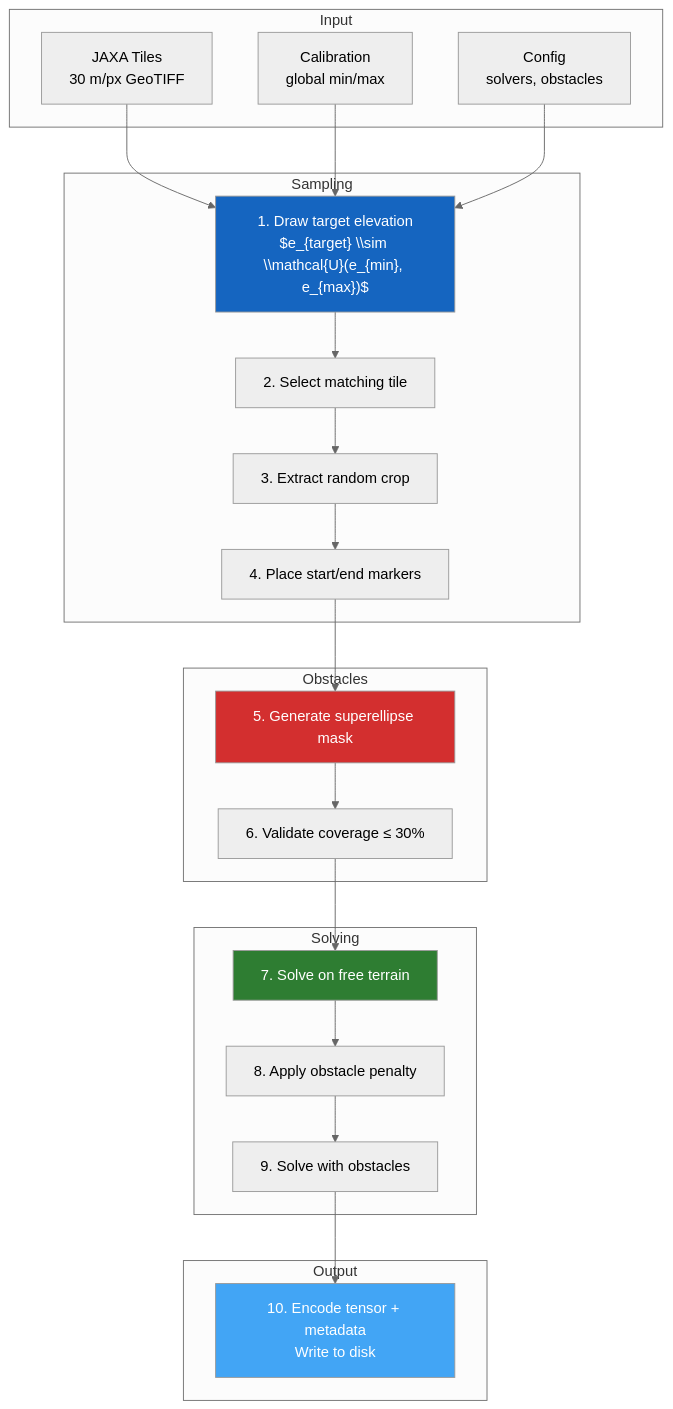
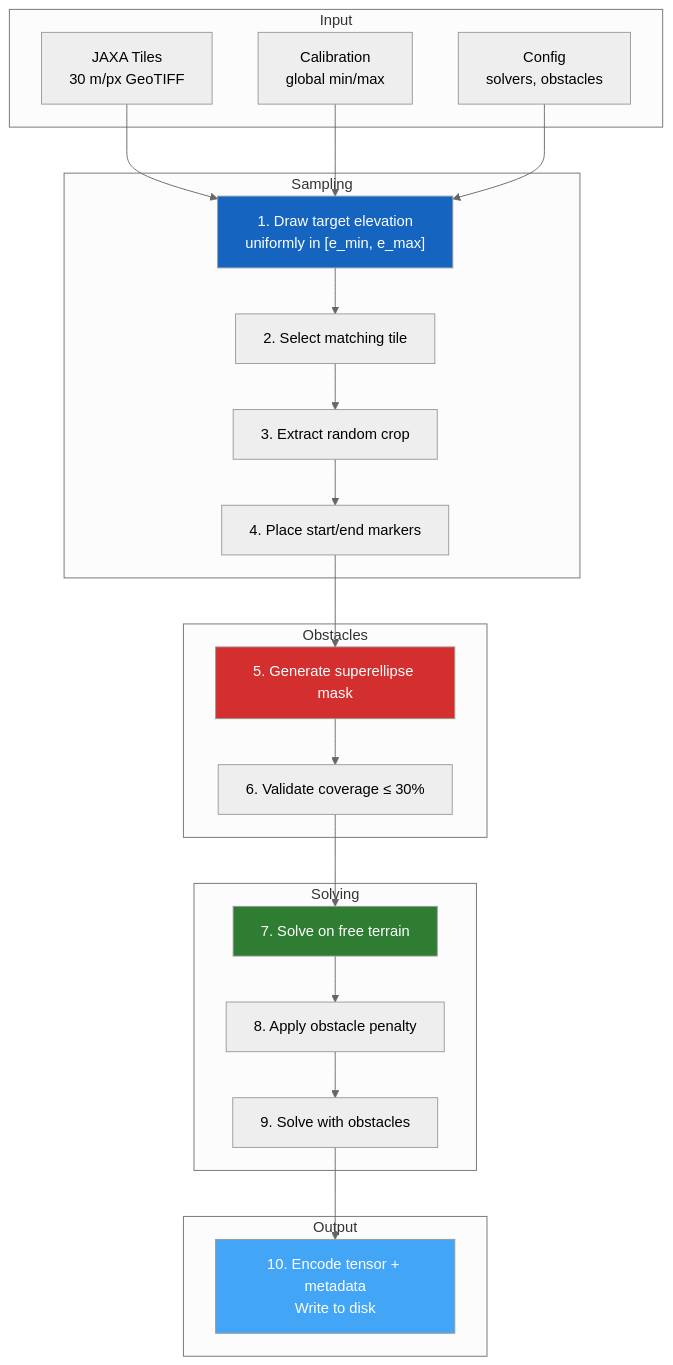
The diagram in docs/generation/index.md (ThalesGroup/passage), drawn with Mermaid (neutral theme) before and after one commit. The commit also changed other lines of this file and 55 other files, not shown here.

````diff
--- a/docs/generation/index.md
+++ b/docs/generation/index.md
@@ -14,43 +14,43 @@
 ```mermaid
 flowchart TD
     subgraph Input
         T[JAXA Tiles<br>30 m/px GeoTIFF]
         C[Calibration<br>global min/max]
         K[Config<br>solvers, obstacles]
     end
 
     subgraph Sampling
-        S1["1. Draw target elevation<br>$e_{target} \\sim \\mathcal{U}(e_{min}, e_{max})$"]
+        S1["1. Draw target elevation<br>uniformly in [e_min, e_max]"]
         S2[2. Select matching tile]
         S3[3. Extract random crop]
         S4[4. Place start/end markers]
     end
 
     subgraph Obstacles
         O1[5. Generate superellipse mask]
         O2[6. Validate coverage ≤ 30%]
     end
 
     subgraph Solving
         P1[7. Solve on free terrain]
         P2[8. Apply obstacle penalty]
         P3[9. Solve with obstacles]
     end
 
     subgraph Output
         OUT[10. Encode tensor + metadata<br>Write to disk]
     end
 
     T --> S1
     C --> S1
     K --> S1
     S1 --> S2 --> S3 --> S4
     S4 --> O1 --> O2
     O2 --> P1 --> P2 --> P3
     P3 --> OUT
 
     style S1 fill:#1565C0,color:#fff
     style O1 fill:#D32F2F,color:#fff
     style P1 fill:#2E7D32,color:#fff
     style OUT fill:#42A5F5,color:#fff
 ```
````
